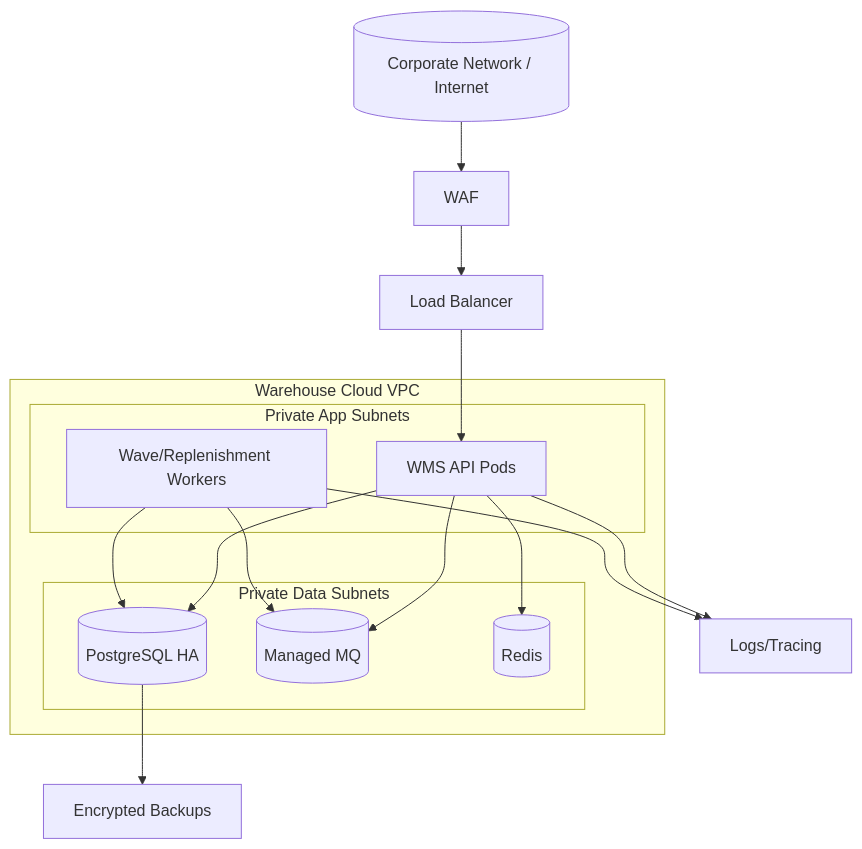
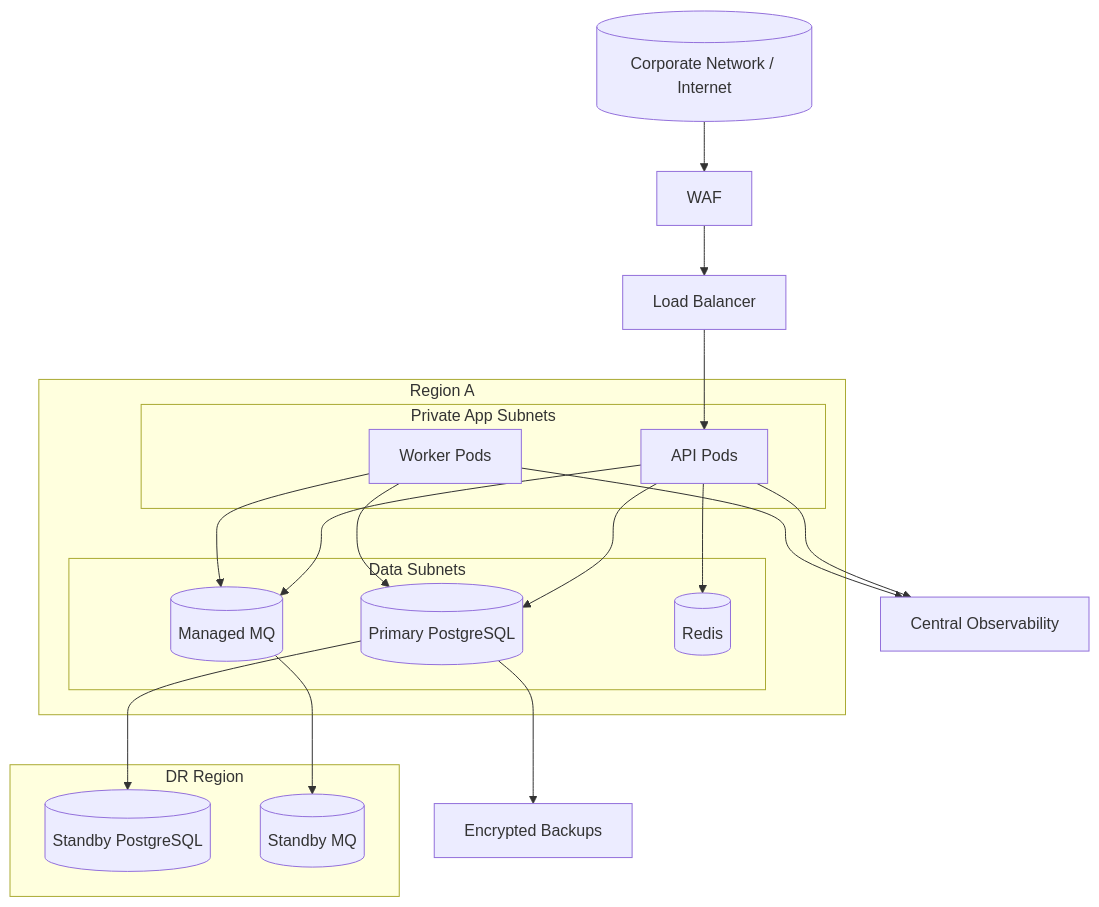
Before and after one commit to 0Ankit0/Project-Ideas: the diagram in Warehouse Management System/infrastructure/deployment-diagram.md, drawn with Mermaid. The commit also changed other lines of this file and 38 other files, not shown here.

Commit message:
Deepen WMS event, data dictionary, and edge-case coverage

````diff
--- a/Warehouse Management System/infrastructure/deployment-diagram.md
+++ b/Warehouse Management System/infrastructure/deployment-diagram.md
@@ -4,29 +4,36 @@
 ```mermaid
 flowchart TB
     Edge[(Corporate Network / Internet)] --> WAF[WAF]
     WAF --> LB[Load Balancer]
 
-    subgraph VPC[Warehouse Cloud VPC]
-      subgraph App[Private App Subnets]
-        API[WMS API Pods]
-        Worker[Wave/Replenishment Workers]
+    subgraph RegionA[Region A]
+      subgraph AppA[Private App Subnets]
+        APIA[API Pods]
+        WRKA[Worker Pods]
       end
-
-      subgraph Data[Private Data Subnets]
-        DB[(PostgreSQL HA)]
-        MQ[(Managed MQ)]
-        Redis[(Redis)]
+      subgraph DataA[Data Subnets]
+        DBA[(Primary PostgreSQL)]
+        MQA[(Managed MQ)]
+        RCA[(Redis)]
       end
     end
 
-    LB --> API
-    API --> DB
-    API --> MQ
-    API --> Redis
-    Worker --> DB
-    Worker --> MQ
+    subgraph RegionB[DR Region]
+      DBB[(Standby PostgreSQL)]
+      MQB[(Standby MQ)]
+    end
 
-    API --> Obs[Logs/Tracing]
-    Worker --> Obs
-    DB --> Backup[Encrypted Backups]
+    LB --> APIA
+    APIA --> DBA
+    APIA --> MQA
+    APIA --> RCA
+    WRKA --> DBA
+    WRKA --> MQA
+
+    DBA --> DBB
+    MQA --> MQB
+
+    APIA --> Obs[Central Observability]
+    WRKA --> Obs
+    DBA --> Backup[Encrypted Backups]
 ```
````
